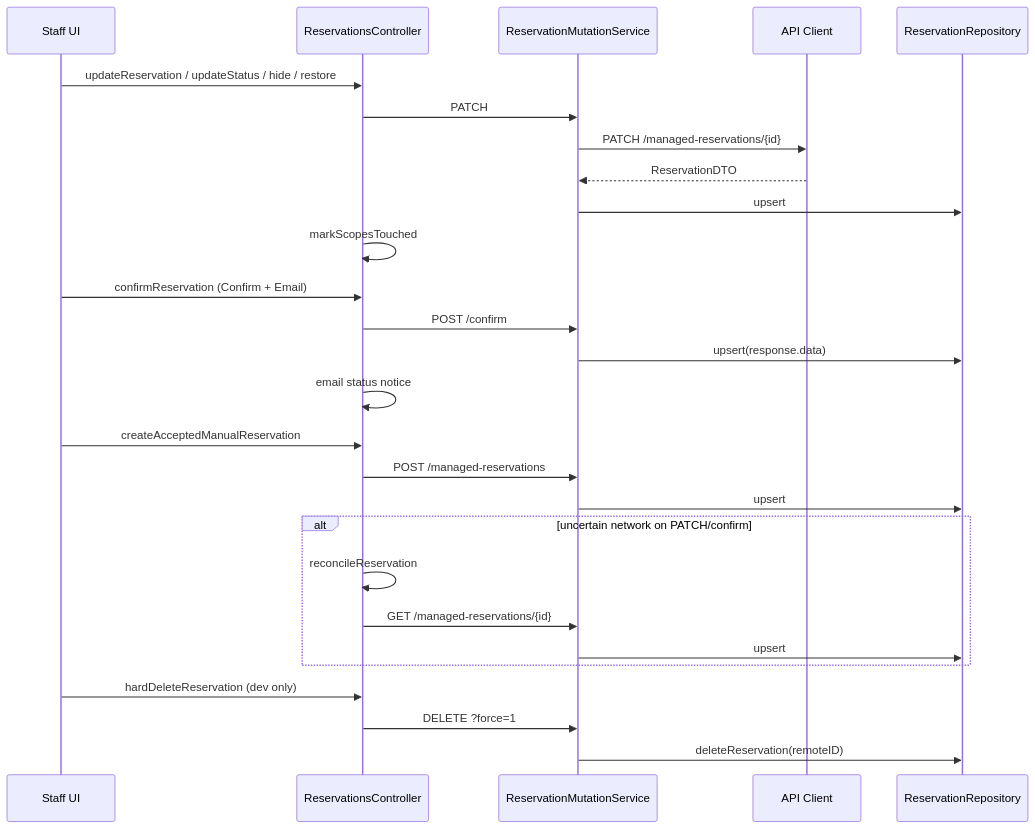
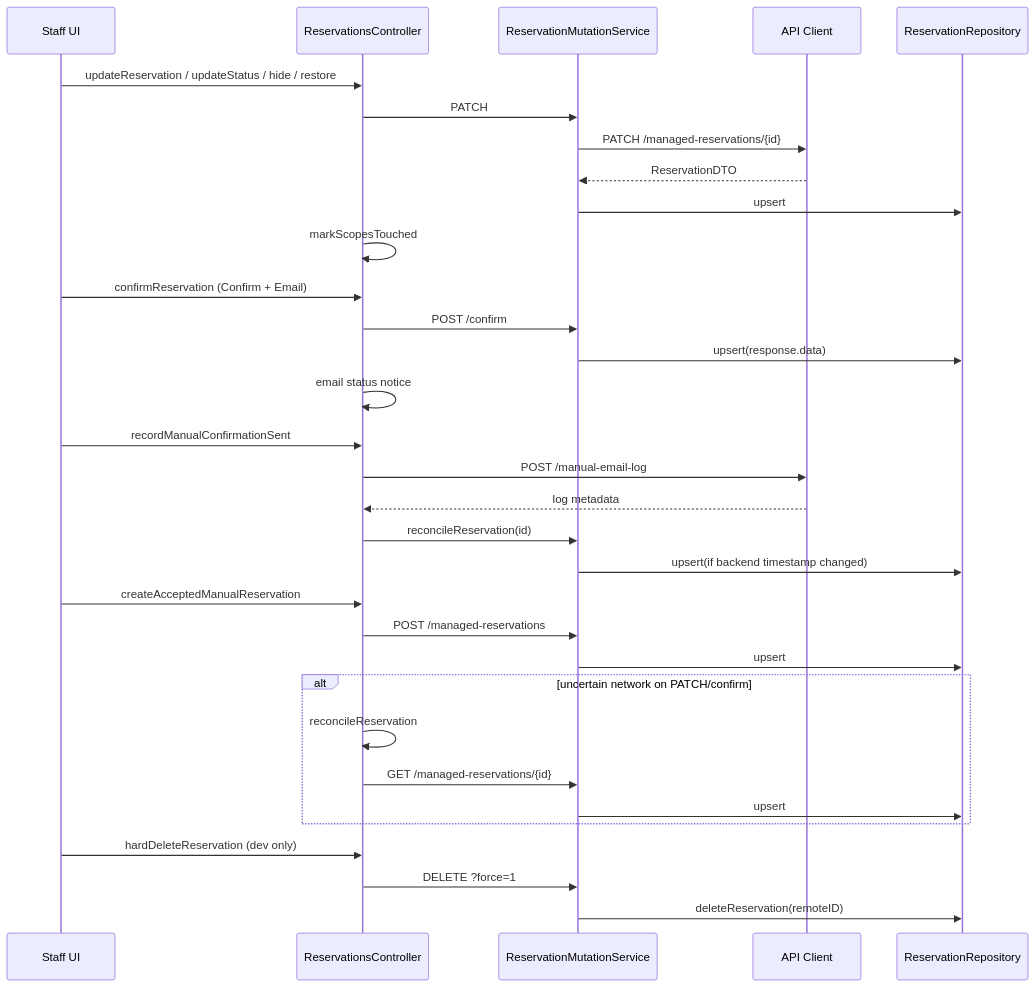
One commit to bohdan462/Reservation-iOS-App changed the fifth of 12 diagrams in ARCHITECTURE_DIAGRAMS.md. Above: the diagram before and after it, drawn with Mermaid. The commit also changed other lines of this file and 13 other files, not shown here.

Commit message:
Small UI changes and implemented user and manual email confirm to backend

````diff
--- a/ARCHITECTURE_DIAGRAMS.md
+++ b/ARCHITECTURE_DIAGRAMS.md
@@ -202,34 +202,40 @@
 ```mermaid
 sequenceDiagram
     participant Staff as Staff UI
     participant C as ReservationsController
     participant M as ReservationMutationService
     participant API as API Client
     participant R as ReservationRepository
 
     Staff->>C: updateReservation / updateStatus / hide / restore
     C->>M: PATCH
     M->>API: PATCH /managed-reservations/{id}
     API-->>M: ReservationDTO
     M->>R: upsert
     C->>C: markScopesTouched
 
     Staff->>C: confirmReservation (Confirm + Email)
     C->>M: POST /confirm
     M->>R: upsert(response.data)
     C->>C: email status notice
 
+    Staff->>C: recordManualConfirmationSent
+    C->>API: POST /manual-email-log
+    API-->>C: log metadata
+    C->>M: reconcileReservation(id)
+    M->>R: upsert(if backend timestamp changed)
+
     Staff->>C: createAcceptedManualReservation
     C->>M: POST /managed-reservations
     M->>R: upsert
 
     alt uncertain network on PATCH/confirm
         C->>C: reconcileReservation
         C->>M: GET /managed-reservations/{id}
         M->>R: upsert
     end
 
     Staff->>C: hardDeleteReservation (dev only)
     C->>M: DELETE ?force=1
     M->>R: deleteReservation(remoteID)
 ```
````
